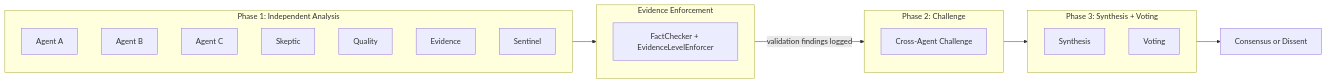
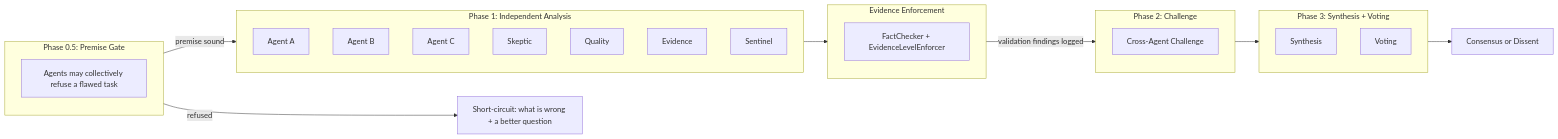
One commit to KangaKode/aiscaffold changed the third of 6 diagrams in docs/FEATURES.md. Above: the diagram before and after it, drawn with Mermaid. The commit also changed other lines of this file and 21 other files, not shown here.

First line of the commit message:
feat: Phase 0.5 premise refusal gate -- agents can collectively decline a flawed task (#64)

````diff
--- a/docs/FEATURES.md
+++ b/docs/FEATURES.md
@@ -68,26 +68,31 @@
 ```mermaid
 flowchart LR
+    subgraph gate [Phase 0.5: Premise Gate]
+        PG["Agents may collectively refuse a flawed task"]
+    end
     subgraph phase1 [Phase 1: Independent Analysis]
         A1[Agent A]
         A2[Agent B]
         A3[Agent C]
         S[Skeptic]
         Q[Quality]
         E[Evidence]
         SN[Sentinel]
     end
     subgraph enforce [Evidence Enforcement]
         EF[FactChecker + EvidenceLevelEnforcer]
     end
     subgraph phase2 [Phase 2: Challenge]
         CH[Cross-Agent Challenge]
     end
     subgraph phase3 [Phase 3: Synthesis + Voting]
         SY[Synthesis]
         V[Voting]
     end
+    gate -->|"premise sound"| phase1
+    gate -->|"refused"| Refuse["Short-circuit: what is wrong + a better question"]
     phase1 --> enforce
     enforce -->|"validation findings logged"| phase2
     phase2 --> phase3
     phase3 --> Result[Consensus or Dissent]
 ```
````
